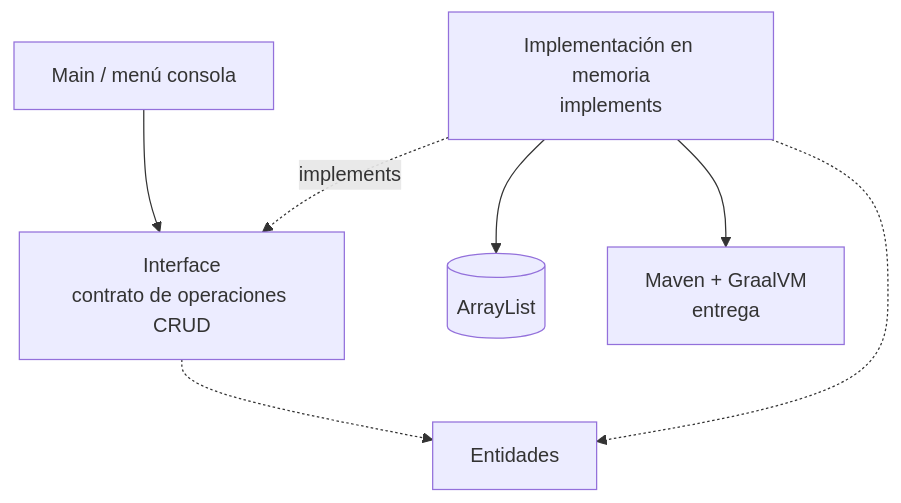
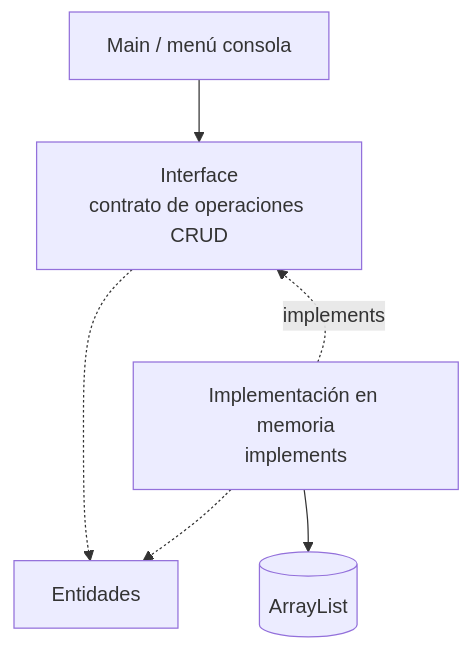
One commit to 262poo/comarket changed the diagram in docs/S05_CRUD_Memoria_ArrayList.md. Above: the diagram before and after it, drawn with Mermaid. The commit also changed other lines of this file and 2 other files, not shown here.

````diff
--- a/docs/S05_CRUD_Memoria_ArrayList.md
+++ b/docs/S05_CRUD_Memoria_ArrayList.md
@@ -62,16 +63,15 @@
 ```mermaid
 flowchart TB
     Main["Main / menú consola"]
     Interface["Interface<br/>contrato de operaciones CRUD"]
     Gestor["Implementación en memoria<br/>implements"]
     Entidades["Entidades"]
     Lista[("ArrayList")]
-    Build["Maven + GraalVM<br/>entrega"]
 
     Main --> Interface
+    Interface ~~~ Gestor
     Gestor -. implements .-> Interface
     Interface -.-> Entidades
     Gestor -.-> Entidades
     Gestor --> Lista
-    Gestor --> Build
 ```
````
